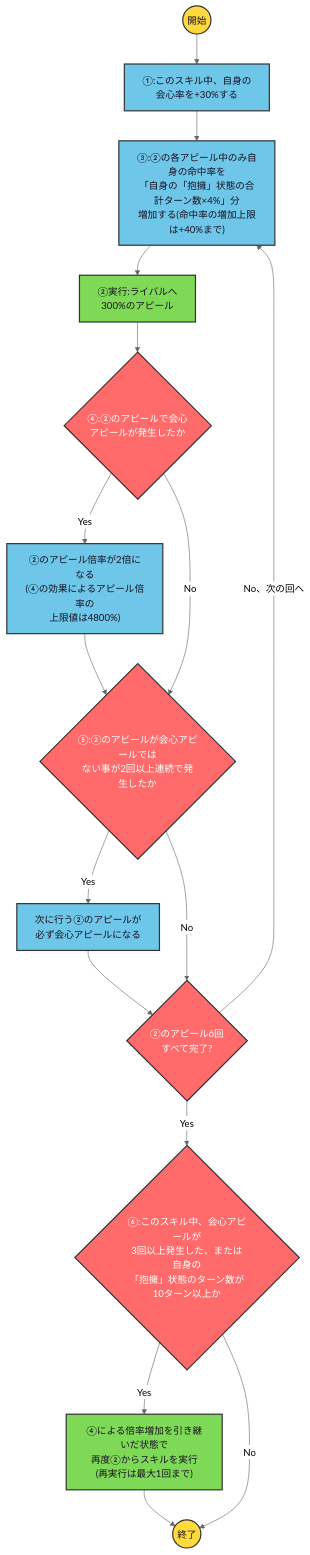
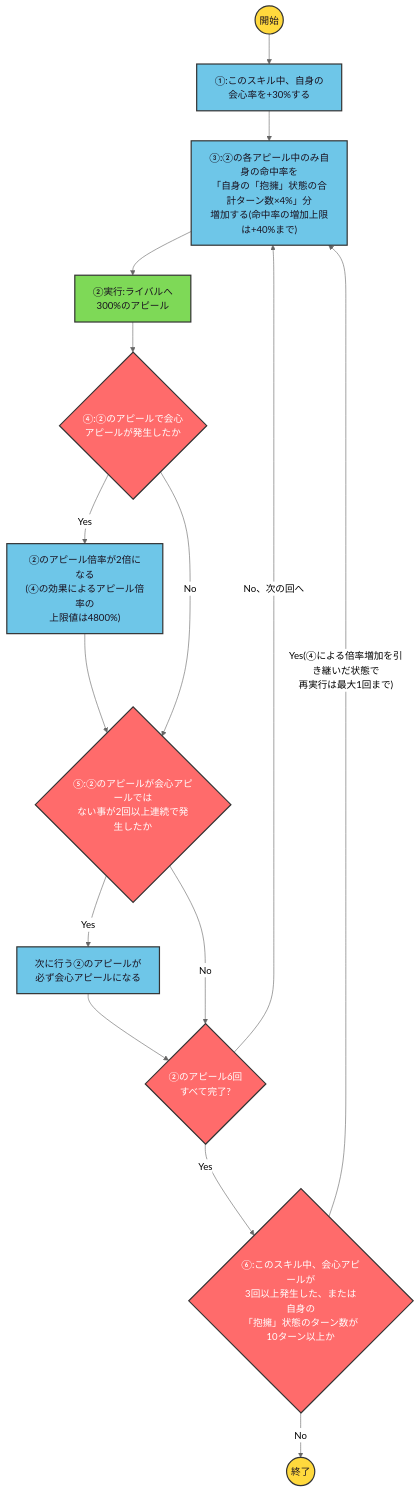
One commit to ryomochi0918/nogifra-characters changed the diagram in data/mukai_haduki/monopoly_skill2.mmd. Above: the diagram before and after it, drawn with Mermaid (neutral theme). The commit also changed 20 other files, not shown here.

```diff
--- a/data/mukai_haduki/monopoly_skill2.mmd
+++ b/data/mukai_haduki/monopoly_skill2.mmd
@@ -1,18 +1,18 @@
 flowchart TD
     classDef startend fill:#FFD93D,stroke:#333,stroke-width:2px,color:#1a1220;
     classDef cond fill:#FF6B6B,stroke:#333,stroke-width:2px,color:#ffffff;
     classDef effect fill:#6EC6E8,stroke:#333,stroke-width:2px,color:#1a1220;
     classDef action fill:#7ED957,stroke:#333,stroke-width:2px,color:#1a1220;
 
     start(("開始")):::startend --> e1["①:このスキル中、自身の<br/>会心率を+30%する"]:::effect --> e3
     e3["③:②の各アピール中のみ自身の命中率を<br/>「自身の「抱擁」状態の合計ターン数×4%」分<br/>増加する(命中率の増加上限は+40%まで)"]:::effect --> a2
     a2["②実行:ライバルへ<br/>300%のアピール"]:::action --> c4
     c4{"④:②のアピールで会心<br/>アピールが発生したか"}:::cond
     c4 -->|"Yes"| e4["②のアピール倍率が2倍になる<br/>(④の効果によるアピール倍率の<br/>上限値は4800%)"]:::effect --> c5
     c4 -->|"No"| c5{"⑤:②のアピールが会心アピールでは<br/>ない事が2回以上連続で発生したか"}:::cond
     c5 -->|"Yes"| e5["次に行う②のアピールが<br/>必ず会心アピールになる"]:::effect --> lc
     c5 -->|"No"| lc{"②のアピール6回<br/>すべて完了?"}:::cond
     lc -->|"No、次の回へ"| e3
     lc -->|"Yes"| c6{"⑥:このスキル中、会心アピールが<br/>3回以上発生した、または自身の<br/>「抱擁」状態のターン数が<br/>10ターン以上か"}:::cond
-    c6 -->|"Yes"| a6["④による倍率増加を引き継いだ状態で<br/>再度②からスキルを実行<br/>(再実行は最大1回まで)"]:::action --> finish(("終了")):::startend
-    c6 -->|"No"| finish
+    c6 -->|"Yes(④による倍率増加を引き継いだ状態で<br/>再実行は最大1回まで)"| e3
+    c6 -->|"No"| finish(("終了")):::startend
```
